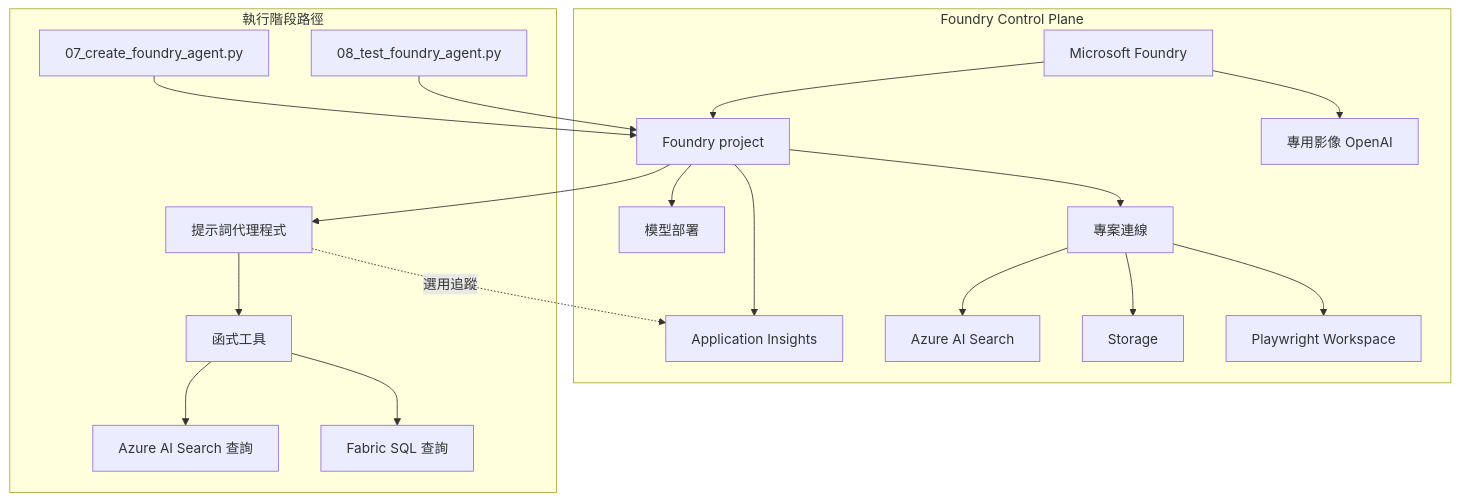
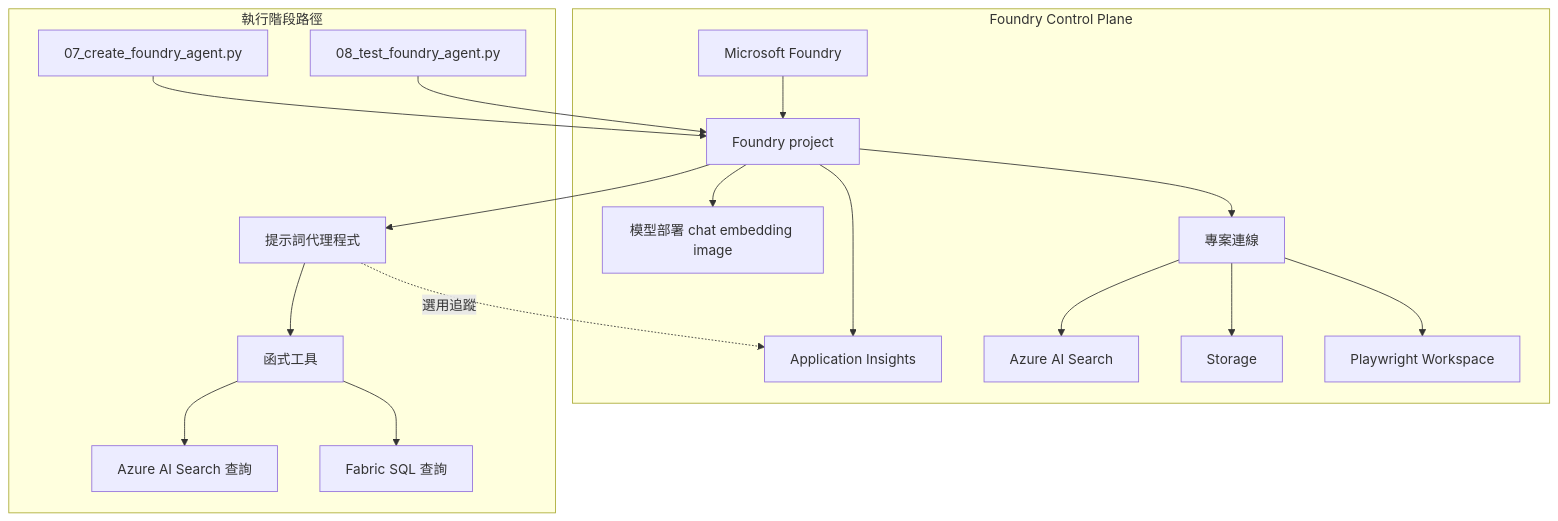
One commit to payton-chou-ms/e2e-ms-foundry-workshop changed the diagram in workshop/docs/03-understand/04-control-plane.md. Above: the diagram before and after it, drawn with Mermaid. The commit also changed other lines of this file and 5 other files, not shown here.

````diff
--- a/workshop/docs/03-understand/04-control-plane.md
+++ b/workshop/docs/03-understand/04-control-plane.md
@@ -39,40 +38,38 @@
 ```mermaid
 flowchart TB
     subgraph ControlPlane[Foundry Control Plane]
         A[Microsoft Foundry]
         B[Foundry project]
-        C[模型部署]
-        C2[專用影像 OpenAI]
+        C[模型部署 chat embedding image]
         D[專案連線]
         E[Application Insights]
         F[Azure AI Search]
         G[Storage]
         N[Playwright Workspace]
     end
 
     subgraph Runtime[執行階段路徑]
         H[07_create_foundry_agent.py]
         I[08_test_foundry_agent.py]
         J[提示詞代理程式]
         K[函式工具]
         L[Azure AI Search 查詢]
         M[Fabric SQL 查詢]
     end
 
     A --> B
     B --> C
-    A --> C2
     B --> D
     B --> E
     D --> F
     D --> G
     D --> N
 
     H --> B
     I --> B
     B --> J
     J --> K
     K --> L
     K --> M
     J -. 選用追蹤 .-> E
 ```
````
